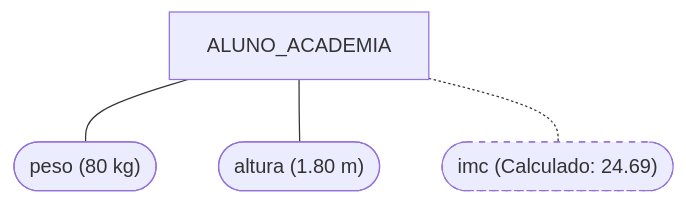
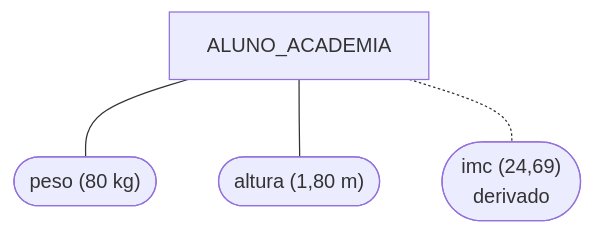
Before and after one commit to leorruas/puc: the fifth of 6 diagrams in 02. Modelagem de Dados/05. Modelagem de entidades e tipos de atributos.md, drawn with Mermaid. The commit also changed other lines of this file, not shown here.

Commit message:
Normaliza diagramas de entidades e atributos

````diff
--- a/02. Modelagem de Dados/05. Modelagem de entidades e tipos de atributos.md
+++ b/02. Modelagem de Dados/05. Modelagem de entidades e tipos de atributos.md
@@ -194,13 +183,11 @@
 ```mermaid
 flowchart TD
-    AlunoEnt["ALUNO_ACADEMIA"]
-    PesoAtrib(["peso (80 kg)"])
-    AlturaAtrib(["altura (1.80 m)"])
-    ImcAtrib(["imc (Calculado: 24.69)"])
+    Aluno["ALUNO_ACADEMIA"]:::core
+    Peso(["peso (80 kg)"]):::data
+    Altura(["altura (1,80 m)"]):::data
+    Imc(["imc (24,69)<br>derivado"]):::warning
 
-    AlunoEnt --- PesoAtrib
-    AlunoEnt --- AlturaAtrib
-    AlunoEnt -.- ImcAtrib
-
-    style ImcAtrib stroke-dasharray: 5 5
+    Aluno --- Peso
+    Aluno --- Altura
+    Aluno -.- Imc
 ```
````
